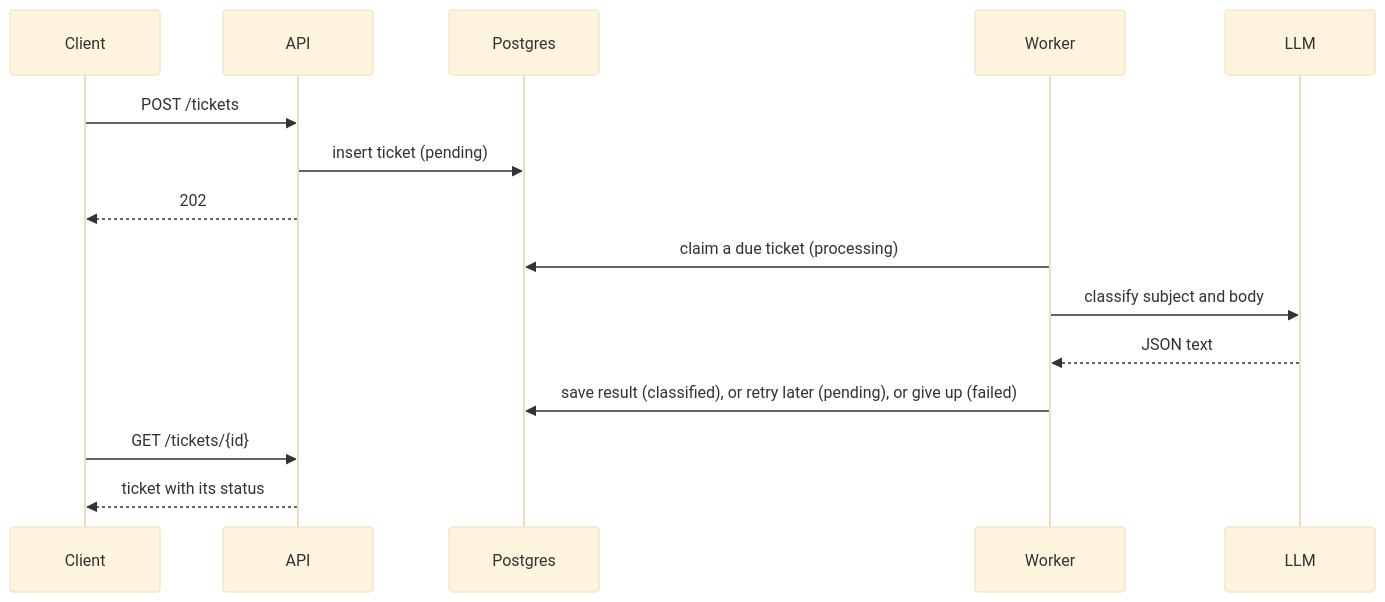
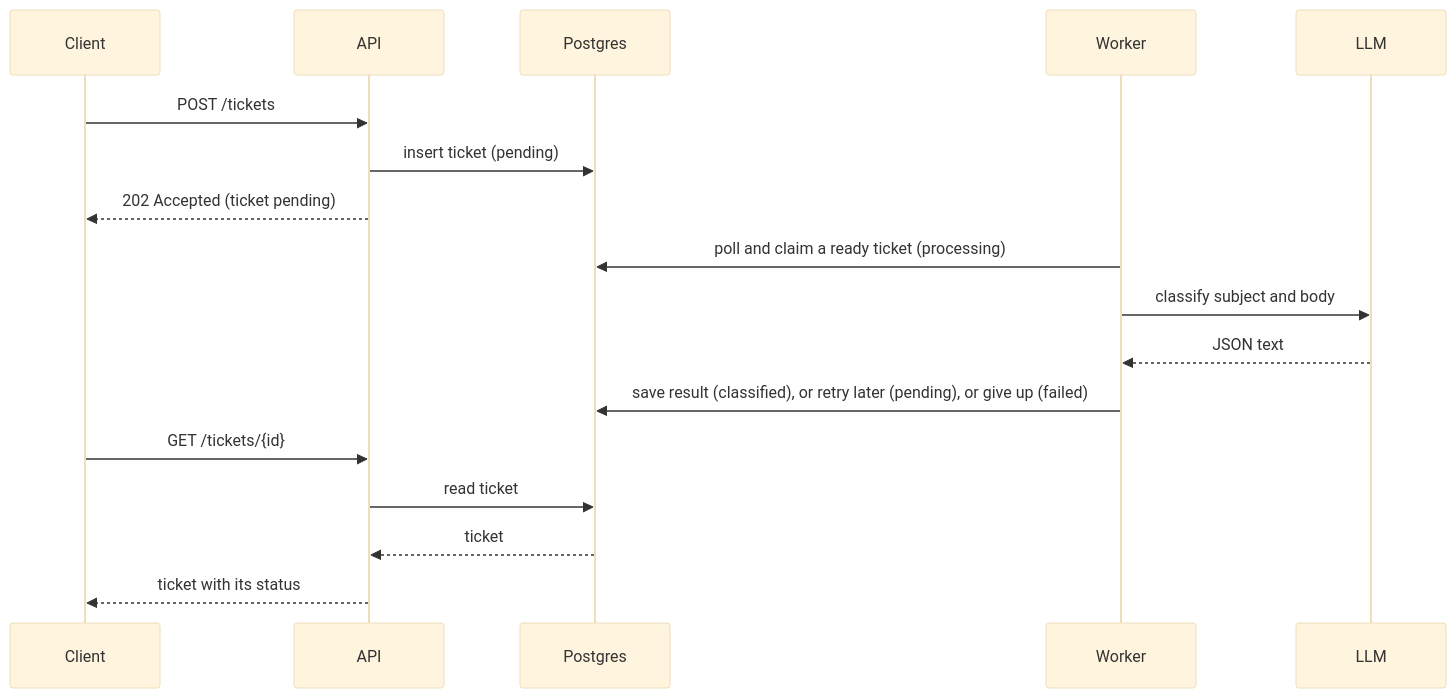
Before and after one commit to Abdomash/ticket-classification-service: the diagram in README.md, drawn with Mermaid (base theme).

Commit message:
docs(readme): show the 202 meaning, worker polling and the database read in the sequence diagram

````diff
--- a/README.md
+++ b/README.md
@@ -115,18 +115,20 @@
 ```mermaid
 sequenceDiagram
     participant Client
     participant API
     participant DB as Postgres
     participant Worker
     participant LLM
 
     Client->>API: POST /tickets
     API->>DB: insert ticket (pending)
-    API-->>Client: 202
-    Worker->>DB: claim a due ticket (processing)
+    API-->>Client: 202 Accepted (ticket pending)
+    Worker->>DB: poll and claim a ready ticket (processing)
     Worker->>LLM: classify subject and body
     LLM-->>Worker: JSON text
     Worker->>DB: save result (classified), or retry later (pending), or give up (failed)
     Client->>API: GET /tickets/{id}
+    API->>DB: read ticket
+    DB-->>API: ticket
     API-->>Client: ticket with its status
 ```
````
